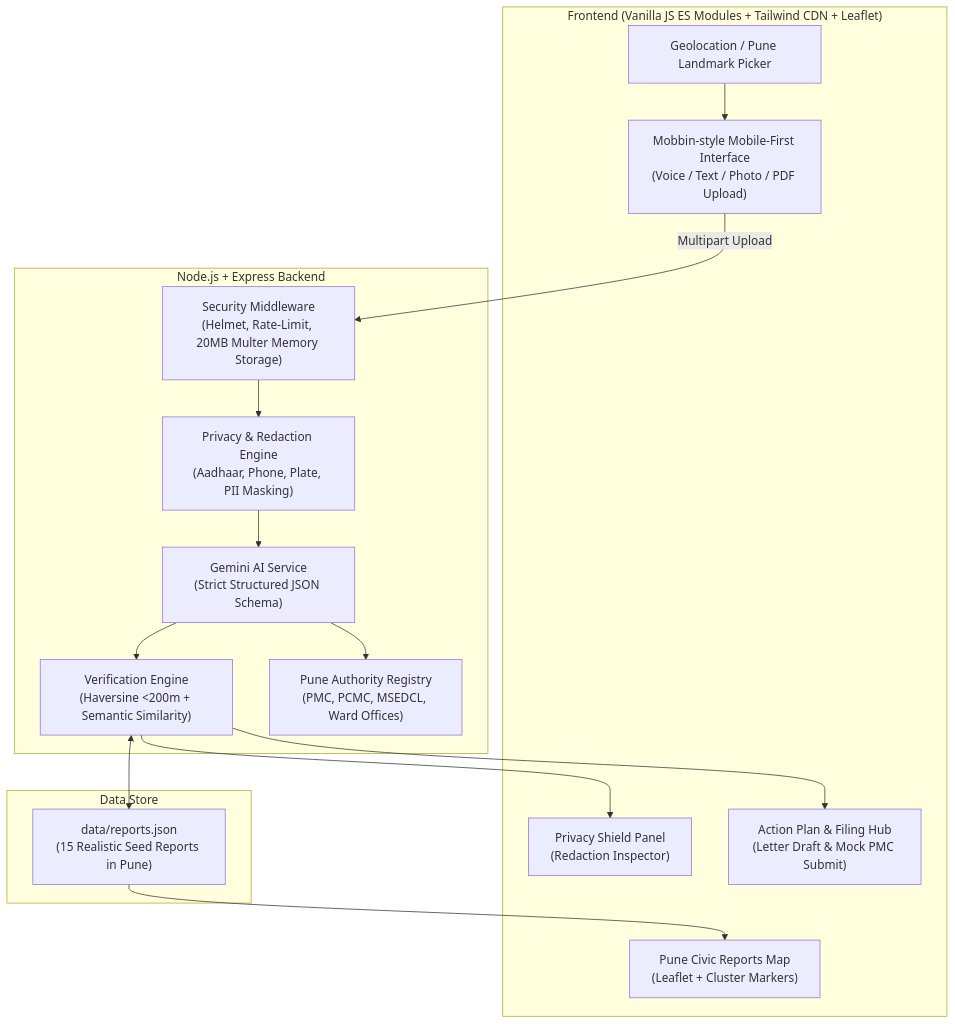
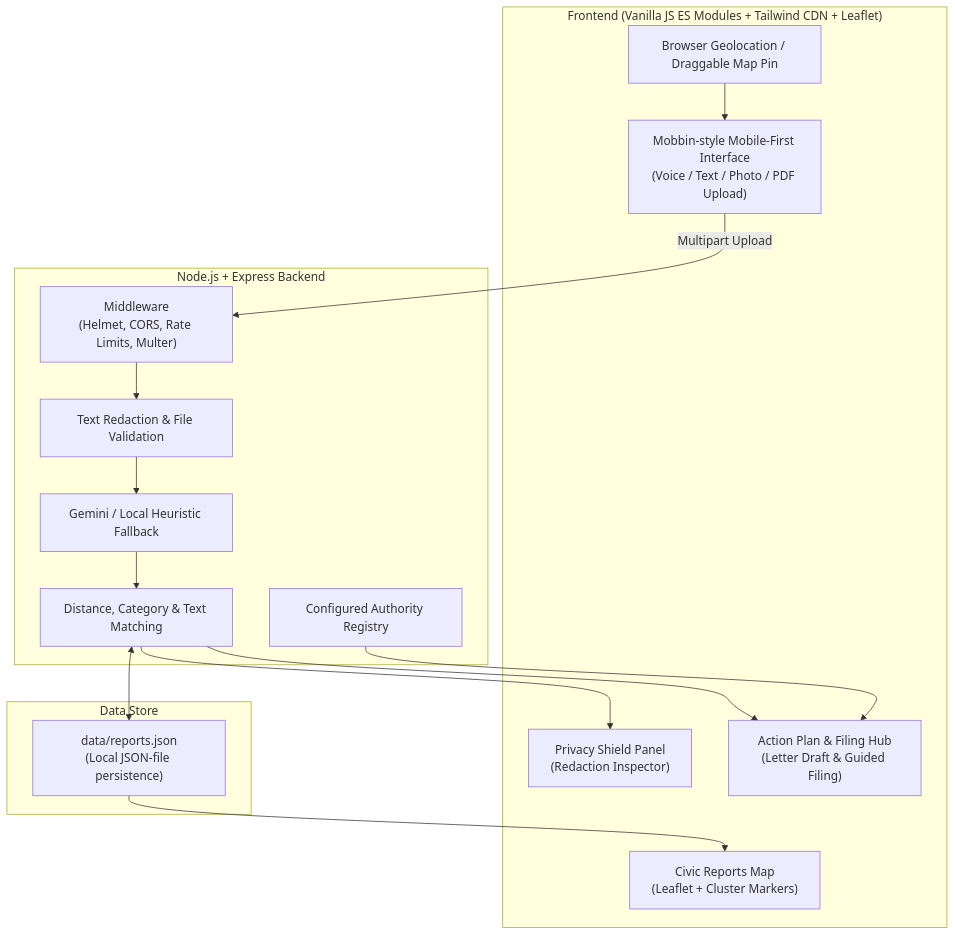
Before and after one commit to manav15dhupar-ux/civicbridge: the diagram in README.md, drawn with Mermaid. The commit also changed other lines of this file, not shown here.

````diff
--- a/README.md
+++ b/README.md
@@ -21,33 +32,33 @@
 ```mermaid
 flowchart TD
     subgraph Client["Frontend (Vanilla JS ES Modules + Tailwind CDN + Leaflet)"]
         UI["Mobbin-style Mobile-First Interface\n(Voice / Text / Photo / PDF Upload)"]
-        Loc["Geolocation / Pune Landmark Picker"]
+        Loc["Browser Geolocation / Draggable Map Pin"]
         Shield["Privacy Shield Panel\n(Redaction Inspector)"]
-        Plan["Action Plan & Filing Hub\n(Letter Draft & Mock PMC Submit)"]
-        Map["Pune Civic Reports Map\n(Leaflet + Cluster Markers)"]
+        Plan["Action Plan & Filing Hub\n(Letter Draft & Guided Filing)"]
+        Map["Civic Reports Map\n(Leaflet + Cluster Markers)"]
     end
 
     subgraph Backend["Node.js + Express Backend"]
-        MW["Security Middleware\n(Helmet, Rate-Limit, 20MB Multer Memory Storage)"]
-        Redact["Privacy & Redaction Engine\n(Aadhaar, Phone, Plate, PII Masking)"]
-        Gemini["Gemini AI Service\n(Strict Structured JSON Schema)"]
-        Verify["Verification Engine\n(Haversine <200m + Semantic Similarity)"]
-        AuthReg["Pune Authority Registry\n(PMC, PCMC, MSEDCL, Ward Offices)"]
+        MW["Middleware\n(Helmet, CORS, Rate Limits, Multer)"]
+        Redact["Text Redaction & File Validation"]
+        Gemini["Gemini / Local Heuristic Fallback"]
+        Verify["Distance, Category & Text Matching"]
+        AuthReg["Configured Authority Registry"]
     end
 
     subgraph Storage["Data Store"]
-        JSONDB["data/reports.json\n(15 Realistic Seed Reports in Pune)"]
+        JSONDB["data/reports.json\n(Local JSON-file persistence)"]
     end
 
     UI -->|Multipart Upload| MW
     Loc --> UI
     MW --> Redact
     Redact --> Gemini
     Gemini --> Verify
     Verify <--> JSONDB
-    Gemini --> AuthReg
     Verify --> Shield
     Verify --> Plan
+    AuthReg --> Plan
     JSONDB --> Map
 ```
````
